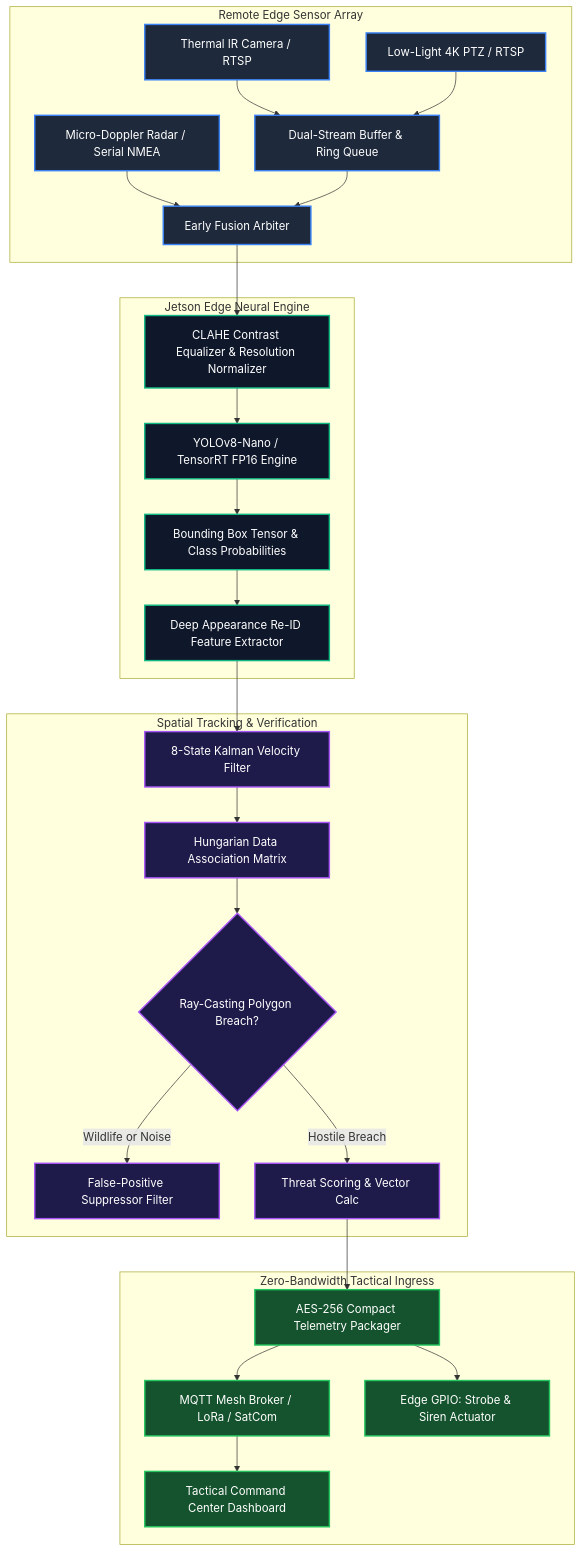
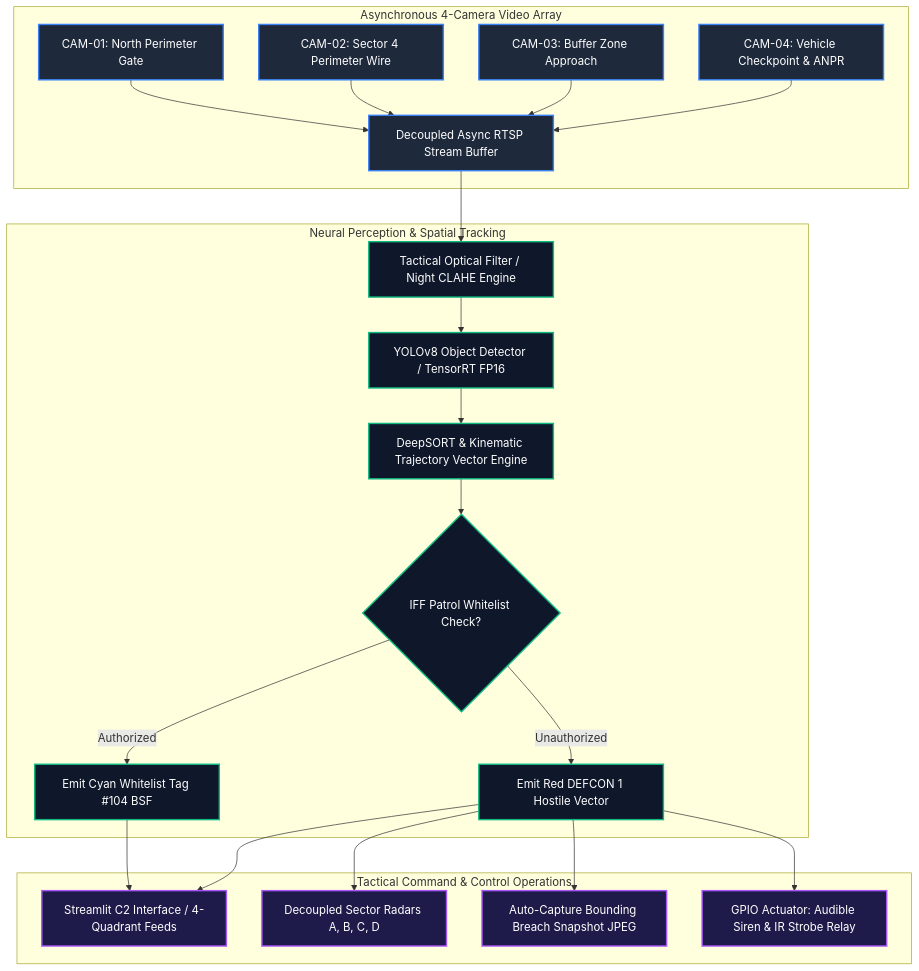
Before and after one commit to Harry-aura/AI-Video-Analytics-for-Border-Surveillance-CCTV: the diagram in README.md, drawn with Mermaid. The commit also changed other lines of this file and 1 other file, not shown here.

Commit message:
feat(c2): align portal and documentation with true IBVAP V2 multi-feed C2 architecture

````diff
--- a/README.md
+++ b/README.md
@@ -40,40 +40,33 @@
 ```mermaid
 flowchart TB
-    subgraph Edge_Sensors [Remote Edge Sensor Array]
-        ThermalCam[Thermal IR Camera / RTSP] --> Ingress[Dual-Stream Buffer & Ring Queue]
-        OpticalCam[Low-Light 4K PTZ / RTSP] --> Ingress
-        Radar[Micro-Doppler Radar / Serial NMEA] --> SensorFusion[Early Fusion Arbiter]
-        Ingress --> SensorFusion
+    subgraph Video_Ingress [Asynchronous 4-Camera Video Array]
+        CAM1[CAM-01: North Perimeter Gate] --> Demuxer[Decoupled Async RTSP Stream Buffer]
+        CAM2[CAM-02: Sector 4 Perimeter Wire] --> Demuxer
+        CAM3[CAM-03: Buffer Zone Approach] --> Demuxer
+        CAM4[CAM-04: Vehicle Checkpoint & ANPR] --> Demuxer
     end
 
-    subgraph Neural_Core [Jetson Edge Neural Engine]
-        SensorFusion --> Preprocessing[CLAHE Contrast Equalizer & Resolution Normalizer]
-        Preprocessing --> YOLOv8[YOLOv8-Nano / TensorRT FP16 Engine]
-        YOLOv8 --> BoundingBox[Bounding Box Tensor & Class Probabilities]
-        BoundingBox --> ReID[Deep Appearance Re-ID Feature Extractor]
+    subgraph Inference_Core [Neural Perception & Spatial Tracking]
+        Demuxer --> CLAHE[Tactical Optical Filter / Night CLAHE Engine]
+        CLAHE --> YOLO[YOLOv8 Object Detector / TensorRT FP16]
+        YOLO --> TrackEngine[DeepSORT & Kinematic Trajectory Vector Engine]
+        TrackEngine --> IFFJudge{IFF Patrol Whitelist Check?}
+        IFFJudge -->|Authorized| FriendlyTag[Emit Cyan Whitelist Tag #104 BSF]
+        IFFJudge -->|Unauthorized| HostileTag[Emit Red DEFCON 1 Hostile Vector]
     end
 
-    subgraph Spatial_Tracking [Spatial Tracking & Verification]
-        ReID --> Kalman[8-State Kalman Velocity Filter]
-        Kalman --> Hungarian[Hungarian Data Association Matrix]
-        Hungarian --> GeofenceEngine{Ray-Casting Polygon Breach?}
-        GeofenceEngine -->|Wildlife or Noise| Suppress[False-Positive Suppressor Filter]
-        GeofenceEngine -->|Hostile Breach| ThreatScore[Threat Scoring & Vector Calc]
+    subgraph C2_Dashboard [Tactical Command & Control Operations]
+        FriendlyTag --> StreamlitUI[Streamlit C2 Interface / 4-Quadrant Feeds]
+        HostileTag --> StreamlitUI
+        HostileTag --> Radars[Decoupled Sector Radars A, B, C, D]
+        HostileTag --> EvidenceSnap[Auto-Capture Bounding Breach Snapshot JPEG]
+        HostileTag --> Deterrents[GPIO Actuator: Audible Siren & IR Strobe Relay]
     end
 
-    subgraph Tactical_Dispatch [Zero-Bandwidth Tactical Ingress]
-        ThreatScore --> Encrypt[AES-256 Compact Telemetry Packager]
-        Encrypt --> MQTT[MQTT Mesh Broker / LoRa / SatCom]
-        Encrypt --> LocalRelay[Edge GPIO: Strobe & Siren Actuator]
-        MQTT --> BaseCommand[Tactical Command Center Dashboard]
-    end
-
-    classDef sensor fill:#1e293b,stroke:#3b82f6,stroke-width:2px,color:#fff;
+    classDef ingress fill:#1e293b,stroke:#3b82f6,stroke-width:2px,color:#fff;
     classDef neural fill:#0f172a,stroke:#10b981,stroke-width:2px,color:#fff;
-    classDef spatial fill:#1e1b4b,stroke:#a855f7,stroke-width:2px,color:#fff;
-    classDef dispatch fill:#14532d,stroke:#22c55e,stroke-width:2px,color:#fff;
-    class ThermalCam,OpticalCam,Radar,Ingress,SensorFusion sensor;
-    class Preprocessing,YOLOv8,BoundingBox,ReID neural;
-    class Kalman,Hungarian,GeofenceEngine,Suppress,ThreatScore spatial;
-    class Encrypt,MQTT,LocalRelay,BaseCommand dispatch;
+    classDef c2 fill:#1e1b4b,stroke:#a855f7,stroke-width:2px,color:#fff;
+    class CAM1,CAM2,CAM3,CAM4,Demuxer ingress;
+    class CLAHE,YOLO,TrackEngine,IFFJudge,FriendlyTag,HostileTag neural;
+    class StreamlitUI,Radars,EvidenceSnap,Deterrents c2;
 ```
````
